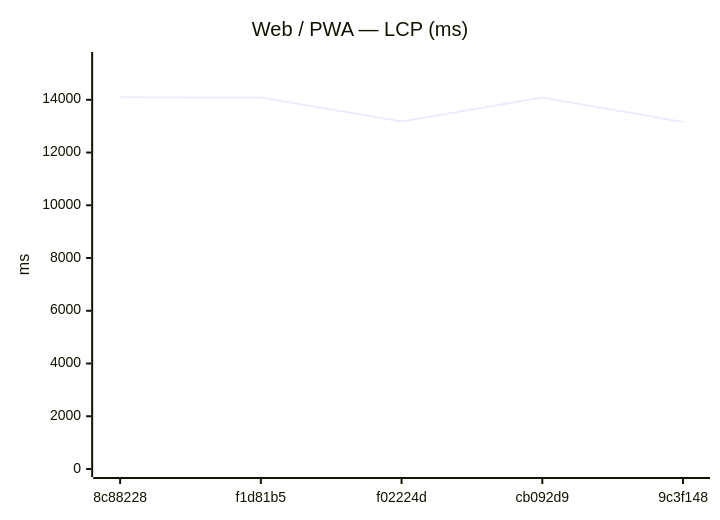
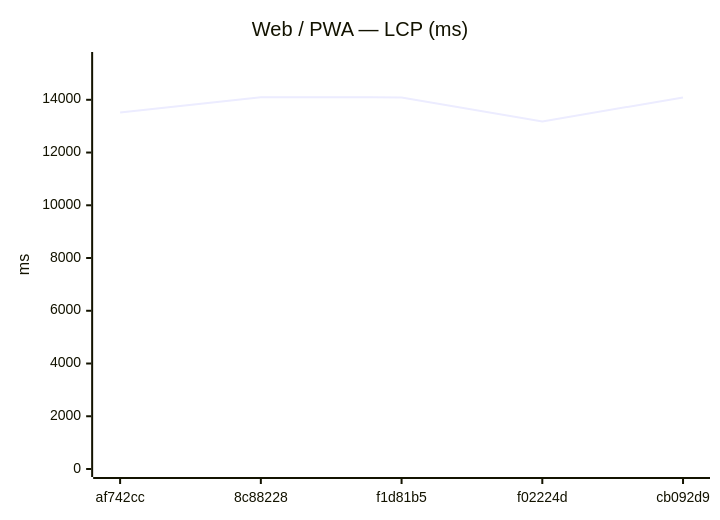
Before and after one commit to Metaheurist/Rianell: the seventh of 18 diagrams in benchmarks/compare.md, drawn with Mermaid. The commit also changed other lines of this file and 12 other files, not shown here.

````diff
--- a/benchmarks/compare.md
+++ b/benchmarks/compare.md
@@ -117,7 +117,7 @@
 ```mermaid
 xychart-beta
     title "Web / PWA — LCP (ms)"
-    x-axis ["8c88228", "f1d81b5", "f02224d", "cb092d9", "9c3f148"]
+    x-axis ["af742cc", "8c88228", "f1d81b5", "f02224d", "cb092d9"]
     y-axis "ms" 0 --> 15509
-    line [14099, 14091, 13178, 14089, 13157]
+    line [13514, 14099, 14091, 13178, 14089]
 ```
````
